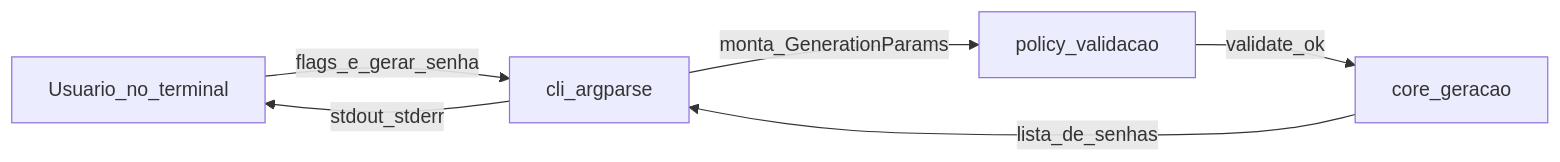
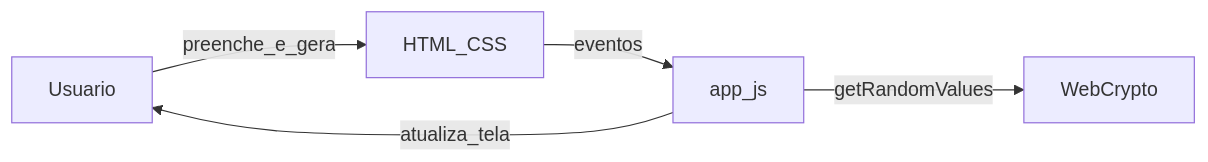
One commit to FernandoAlemar/password_generator_IA changed the diagram in GUIA_DE_EXECUCAO.md. Above: the diagram before and after it, drawn with Mermaid. The commit also changed other lines of this file and 12 other files, not shown here.

````diff
--- a/GUIA_DE_EXECUCAO.md
+++ b/GUIA_DE_EXECUCAO.md
@@ -158,12 +58,11 @@
 ```mermaid
 flowchart LR
-  Usuario[Usuario_no_terminal]
-  CLI[cli_argparse]
-  Policy[policy_validacao]
-  Core[core_geracao]
-  Usuario -->|flags_e_gerar_senha| CLI
-  CLI -->|monta_GenerationParams| Policy
-  Policy -->|validate_ok| Core
-  Core -->|lista_de_senhas| CLI
-  CLI -->|stdout_stderr| Usuario
+  User[Usuario]
+  UI[HTML_CSS]
+  App[app_js]
+  RNG[WebCrypto]
+  User -->|preenche_e_gera| UI
+  UI -->|eventos| App
+  App -->|getRandomValues| RNG
+  App -->|atualiza_tela| User
 ```
````
